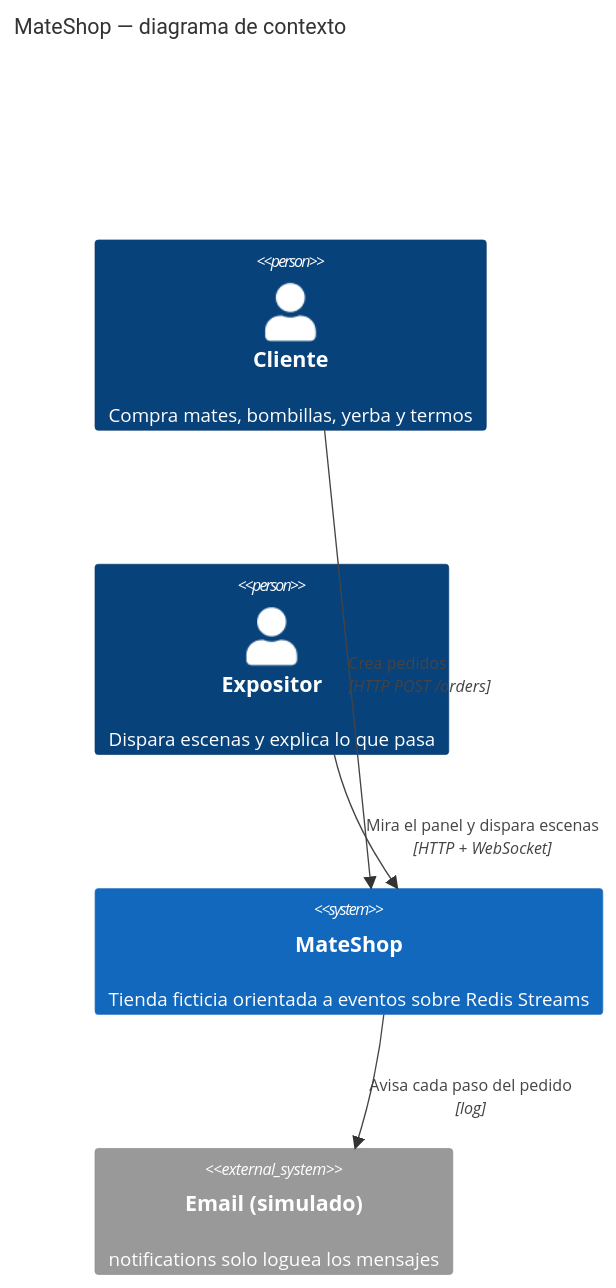
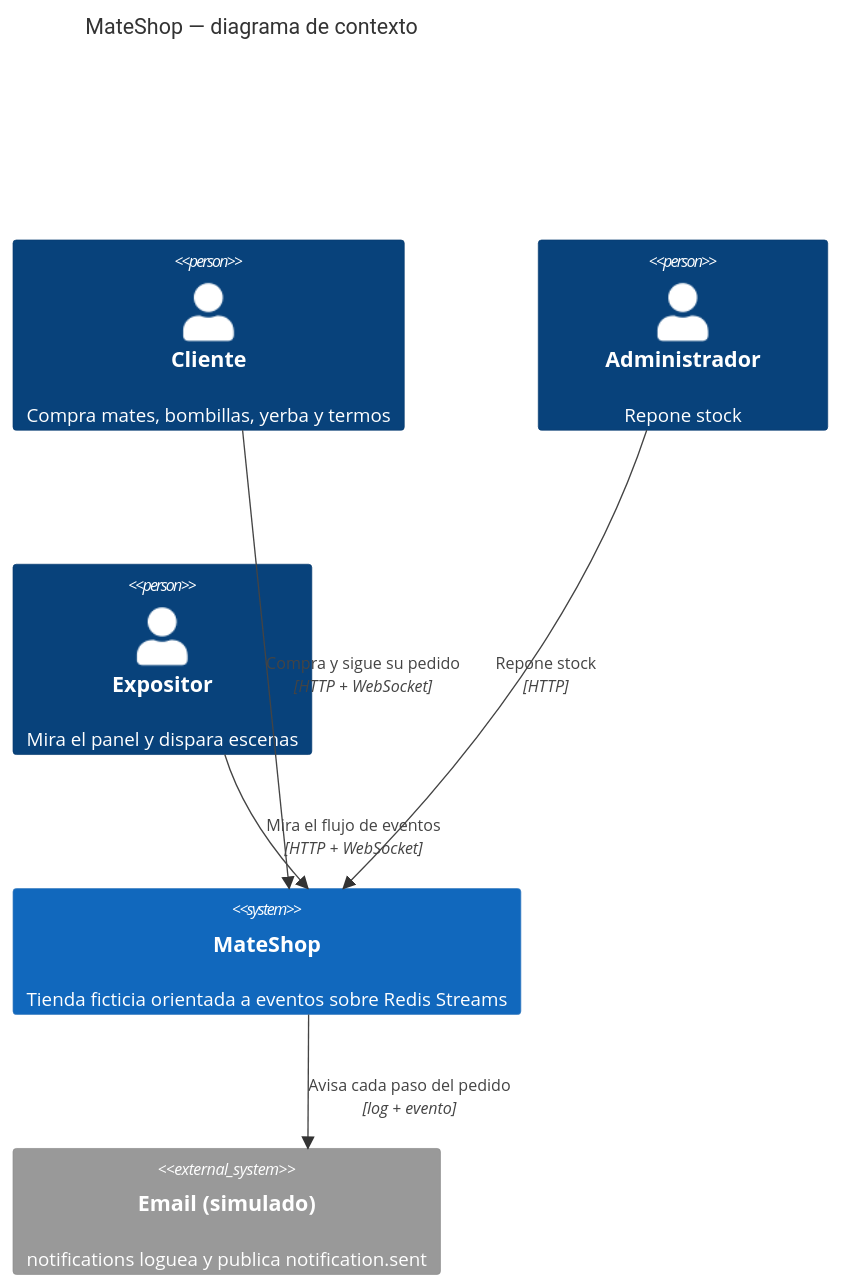
The first of 6 diagrams in docs/architecture.md (Amin-117/arquitectura-event-driven), drawn with Mermaid before and after one commit. The commit also changed other lines of this file and 9 other files, not shown here.

````diff
--- a/docs/architecture.md
+++ b/docs/architecture.md
@@ -7,12 +12,14 @@
 ```mermaid
 C4Context
   title MateShop — diagrama de contexto
   Person(cliente, "Cliente", "Compra mates, bombillas, yerba y termos")
-  Person(expositor, "Expositor", "Dispara escenas y explica lo que pasa")
+  Person(admin, "Administrador", "Repone stock")
+  Person(expositor, "Expositor", "Mira el panel y dispara escenas")
   System(mateshop, "MateShop", "Tienda ficticia orientada a eventos sobre Redis Streams")
-  System_Ext(email, "Email (simulado)", "notifications solo loguea los mensajes")
+  System_Ext(email, "Email (simulado)", "notifications loguea y publica notification.sent")
 
-  Rel(cliente, mateshop, "Crea pedidos", "HTTP POST /orders")
-  Rel(expositor, mateshop, "Mira el panel y dispara escenas", "HTTP + WebSocket")
-  Rel(mateshop, email, "Avisa cada paso del pedido", "log")
+  Rel(cliente, mateshop, "Compra y sigue su pedido", "HTTP + WebSocket")
+  Rel(admin, mateshop, "Repone stock", "HTTP")
+  Rel(expositor, mateshop, "Mira el flujo de eventos", "HTTP + WebSocket")
+  Rel(mateshop, email, "Avisa cada paso del pedido", "log + evento")
 ```
````
